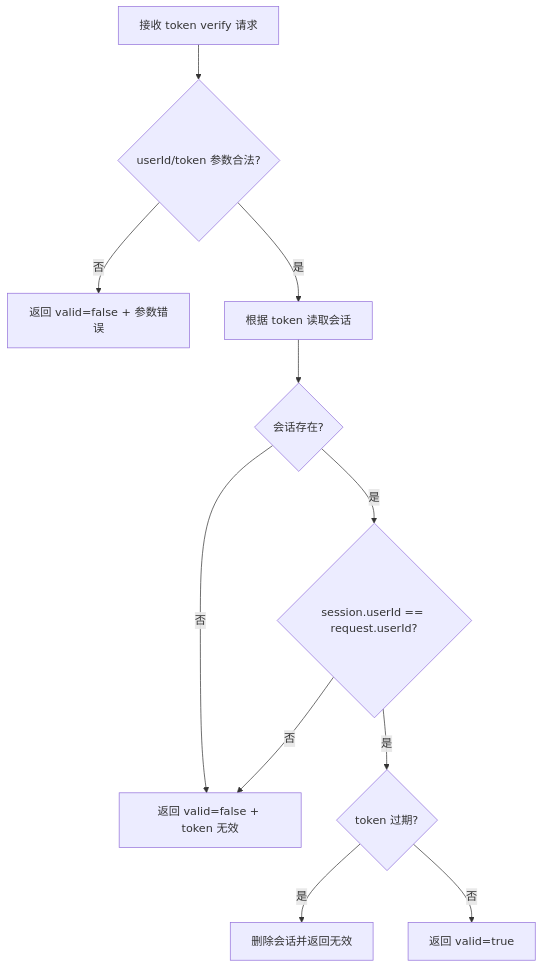
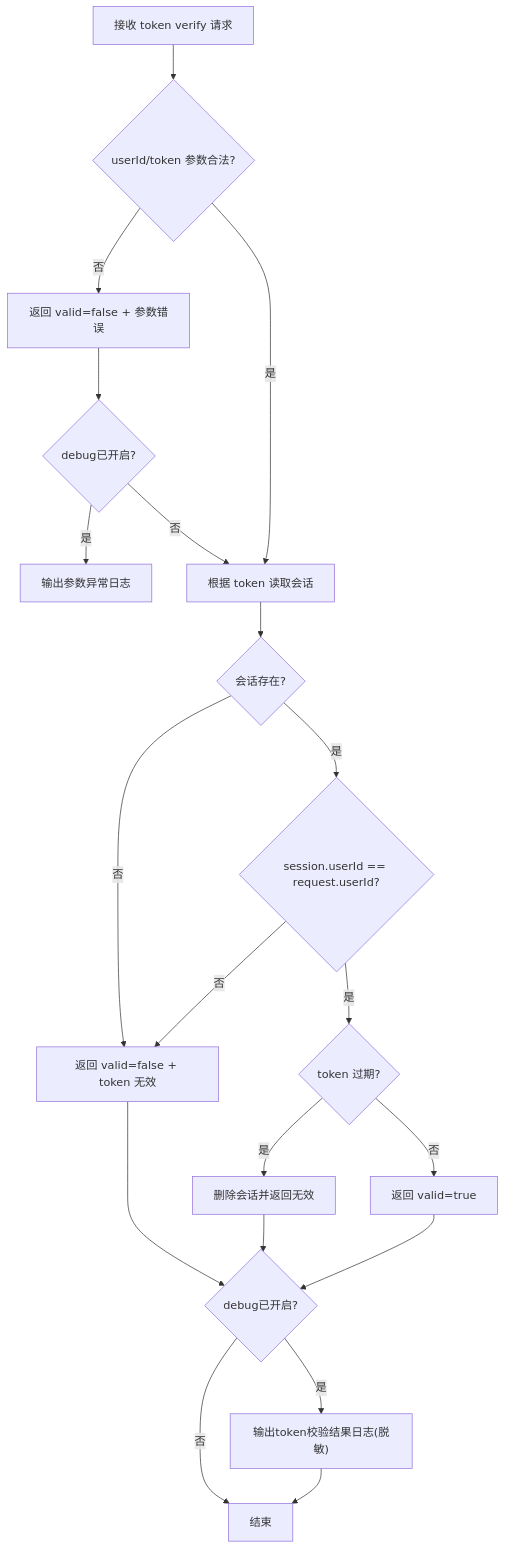
Before and after one commit to nangong918/magic-vector: the ninth of 42 diagrams in springboot/docs/SpringBootDesignDocument.md, drawn with Mermaid. The commit also changed other lines of this file and 20 other files, not shown here.

````diff
--- a/springboot/docs/SpringBootDesignDocument.md
+++ b/springboot/docs/SpringBootDesignDocument.md
@@ -184,13 +189,22 @@
 ```mermaid
 flowchart TD
     A[接收 token verify 请求] --> B{userId/token 参数合法?}
     B -- 否 --> C[返回 valid=false + 参数错误]
+    C --> C1{debug已开启?}
+    C1 -- 是 --> C2[输出参数异常日志]
+    C1 -- 否 --> D
     B -- 是 --> D[根据 token 读取会话]
     D --> E{会话存在?}
     E -- 否 --> F[返回 valid=false + token 无效]
     E -- 是 --> G{session.userId == request.userId?}
     G -- 否 --> F
     G -- 是 --> H{token 过期?}
     H -- 是 --> I[删除会话并返回无效]
     H -- 否 --> J[返回 valid=true]
+    F --> K{debug已开启?}
+    I --> K
+    J --> K
+    K -- 是 --> L["输出token校验结果日志(脱敏)"]
+    K -- 否 --> M[结束]
+    L --> M
 ```
````
